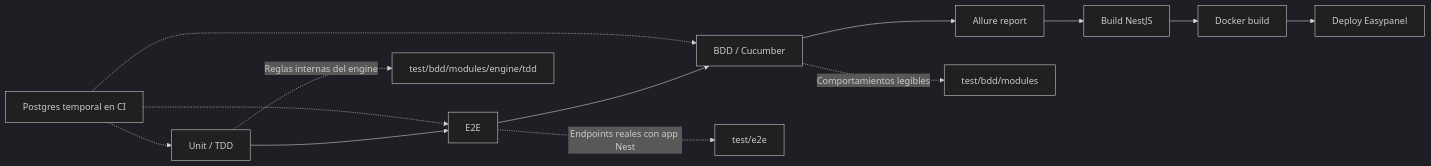
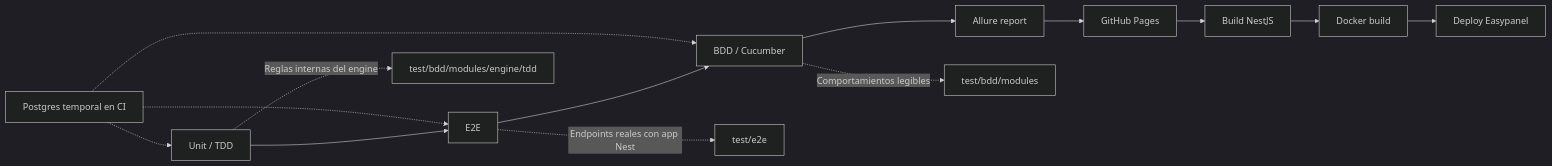
The second of 2 diagrams in docs/github-actions-flow.md (icpna-agent/engine), drawn with Mermaid (dark theme) before and after one commit. The commit also changed other lines of this file and 1 other file, not shown here.

````diff
--- a/docs/github-actions-flow.md
+++ b/docs/github-actions-flow.md
@@ -52,16 +57,17 @@
 ```mermaid
 flowchart LR
   A["Unit / TDD"] --> B["E2E"]
   B --> C["BDD / Cucumber"]
   C --> D["Allure report"]
-  D --> E["Build NestJS"]
-  E --> F["Docker build"]
-  F --> H["Deploy Easypanel"]
+  D --> E["GitHub Pages"]
+  E --> F["Build NestJS"]
+  F --> H["Docker build"]
+  H --> I["Deploy Easypanel"]
 
   G["Postgres temporal en CI"] -.-> A
   G -.-> B
   G -.-> C
   A -.->|"Reglas internas del engine"| A1["test/bdd/modules/engine/tdd"]
   B -.->|"Endpoints reales con app Nest"| B1["test/e2e"]
   C -.->|"Comportamientos legibles"| C1["test/bdd/modules"]
 ```
````
